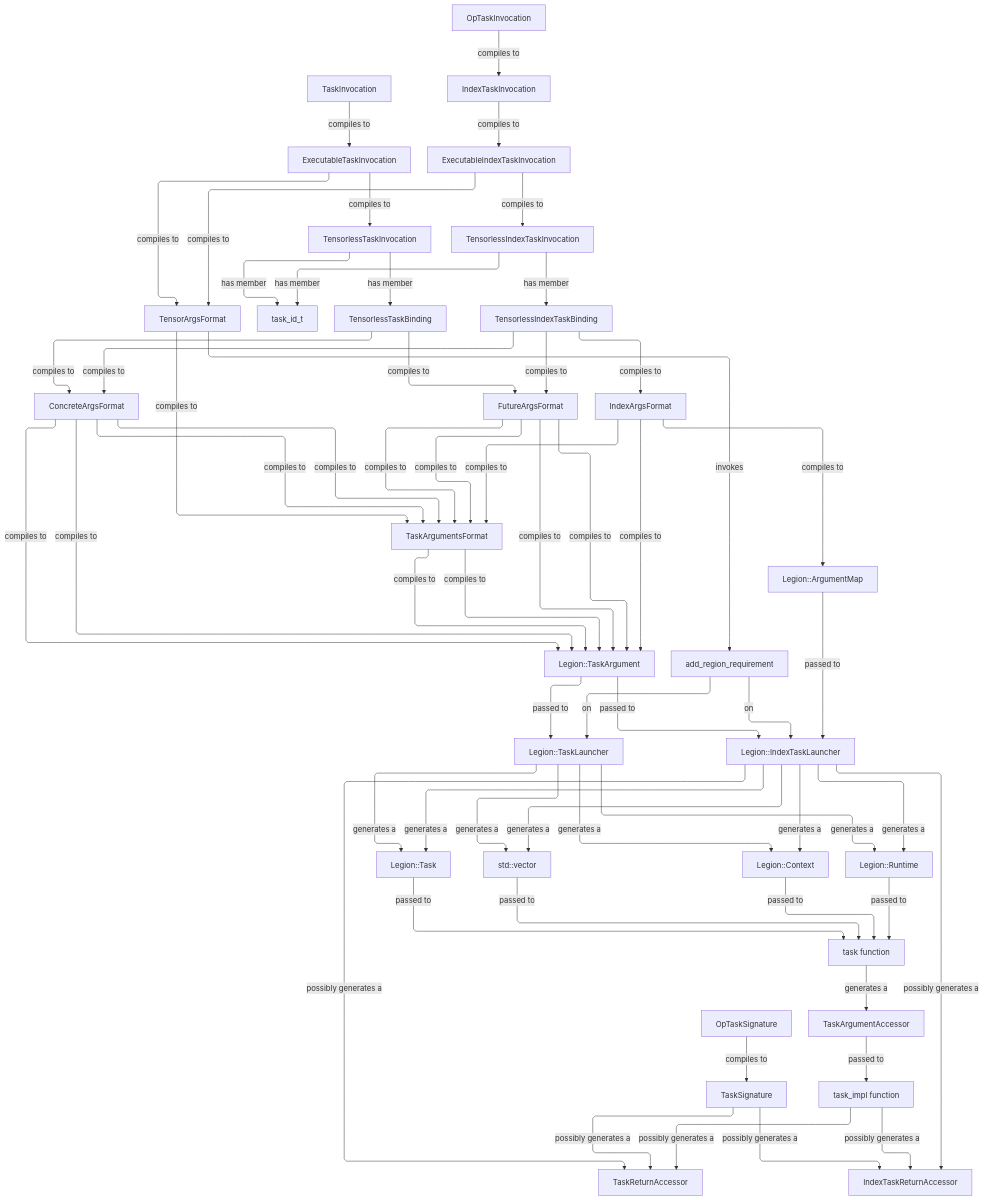
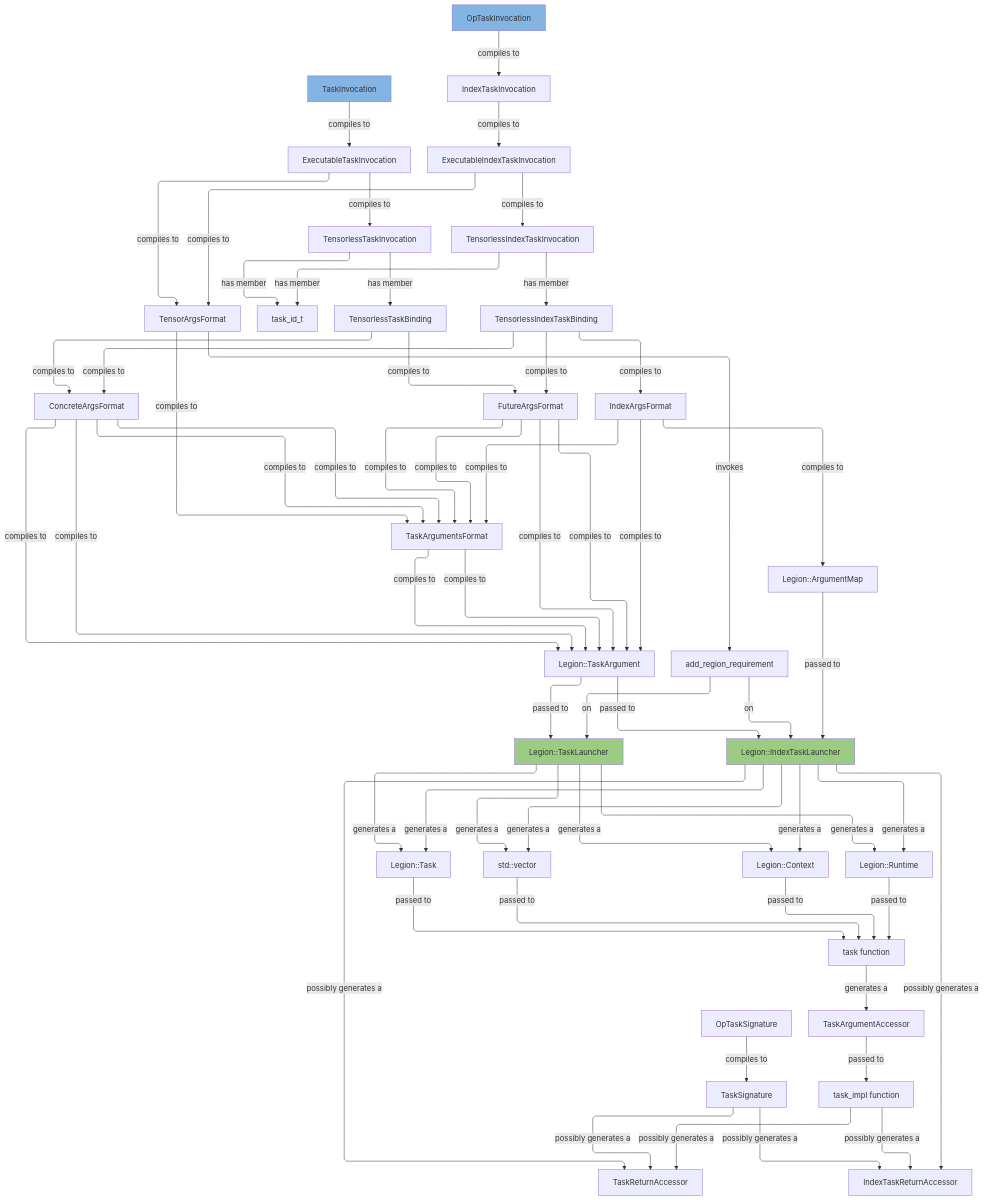
One commit to KateUnger/FlexFlow changed the second of 2 diagrams in lib/runtime/src/task_spec/README.md. Above: the diagram before and after it, drawn with Mermaid.

Commit message:
add color class decs

````diff
--- a/lib/runtime/src/task_spec/README.md
+++ b/lib/runtime/src/task_spec/README.md
@@ -51,6 +51,9 @@
 ```mermaid
 %%{init: { 'themeVariables': { 'fontFamily': 'monospace' }, 'flowchart': { 'curve': 'bumpY', 'defaultRenderer': 'elk' }, 'theme': 'default' } }%%
 flowchart TD
+    classDef blue fill:#83b4e2
+    classDef green fill:#9ccc84
+    
     A[OpTaskInvocation]
     B[TaskInvocation]
     C[ExecutableTaskInvocation]
@@ -83,12 +86,12 @@
     AK[TaskArgumentAccessor]
     AL[add_region_requirement]
 
-    A -->|compiles to| E
+    A:::blue -->|compiles to| E
     E -->|compiles to| H
     H -->|compiles to| N
     N -->|compiles to| P
     N -->|invokes| AL
-    AL -->|on| G
+    AL -->|on| G:::green
     H -->|compiles to| I
     I -->|has member| AA
     I -->|has member| AD 
@@ -103,12 +106,12 @@
     O -->|compiles to| Q
     L -->|compiles to| Q
     P -->|compiles to| Q
-    Q -->|passed to| G
-    R -->|passed to| G
-    G -->|generates a| AG
-    G -->|generates a| AH
-    G -->|generates a| AI 
-    G -->|generates a| AJ
+    Q -->|passed to| G:::green
+    R -->|passed to| G:::green
+    G:::green -->|generates a| AG
+    G:::green -->|generates a| AH
+    G:::green -->|generates a| AI 
+    G:::green -->|generates a| AJ
     AG -->|passed to| AF
     AH -->|passed to| AF
     AI -->|passed to| AF 
@@ -116,10 +119,10 @@
     AF -->|generates a| AK
     AK -->|passed to| AE
     AE -->|possibly generates a| S
-    G -->|possibly generates a| S
+    G:::green -->|possibly generates a| S
     K -->|possibly generates a| S
 
-    B -->|compiles to| C
+    B:::blue -->|compiles to| C
     C -->|compiles to| N
     C -->|compiles to| D
     D -->|has member| AA
@@ -131,14 +134,14 @@
     L -->|compiles to| Q
     M -->|compiles to| Q
     P -->|compiles to| Q
-    Q -->|passed to| F
-    AL -->|on| F
-    F -->|generates a| AG
-    F -->|generates a| AH
-    F -->|generates a| AI 
-    F -->|generates a| AJ
+    Q -->|passed to| F:::green
+    AL -->|on| F:::green
+    F:::green -->|generates a| AG
+    F:::green -->|generates a| AH
+    F:::green -->|generates a| AI 
+    F:::green -->|generates a| AJ
     AE -->|possibly generates a| T
-    G -->|possibly generates a| T
+    G:::green -->|possibly generates a| T
     K -->|possibly generates a| T
 
     J -->|compiles to| K
````
